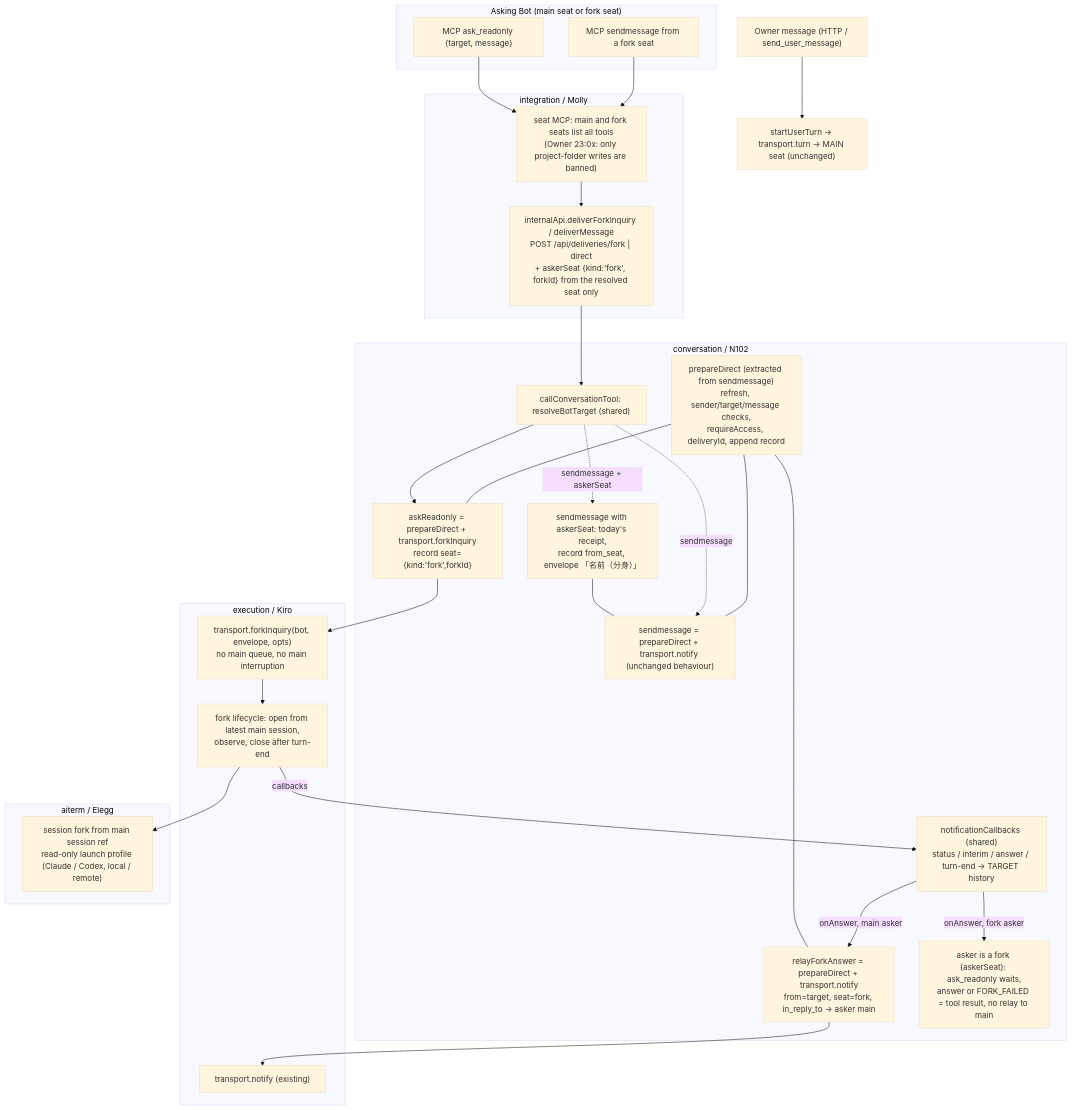
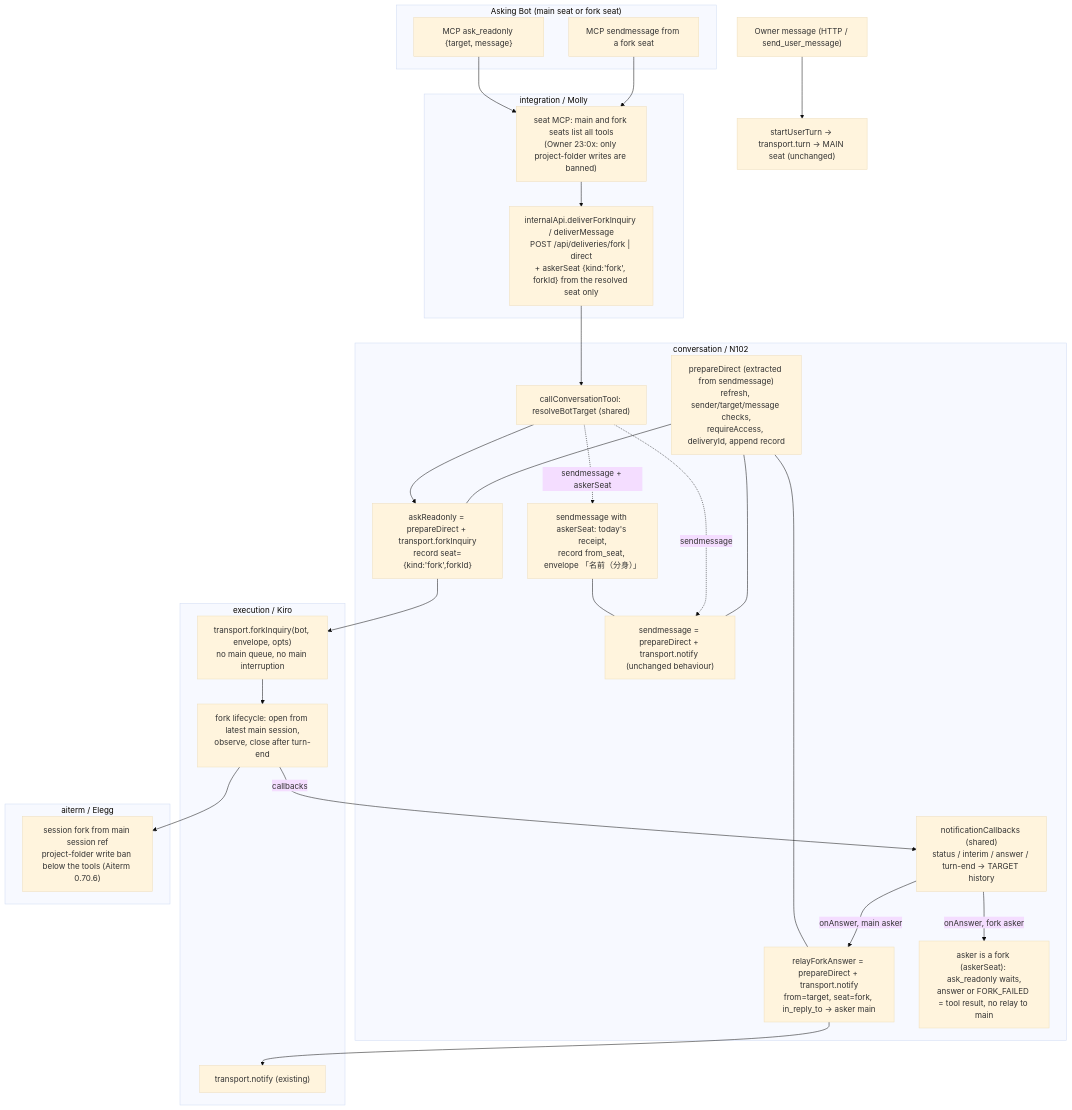
The first of 3 diagrams in docs/architecture/modules/conversation/fork-inquiry.md (kitepon/BellTeam), drawn with Mermaid (base theme) before and after one commit. The commit also changed other lines of this file, not shown here.

Commit message:
Fork write ban: replace the enforcement HOLD with Aiterm 0.70.6 (project-folder write ban below the tools)

````diff
--- a/docs/architecture/modules/conversation/fork-inquiry.md
+++ b/docs/architecture/modules/conversation/fork-inquiry.md
@@ -11,41 +11,41 @@
 ```mermaid
 flowchart TD
   subgraph Asker["Asking Bot (main seat or fork seat)"]
     A1["MCP ask_readonly {target, message}"]
     A2["MCP sendmessage from a fork seat"]
   end
   subgraph Integration["integration / Molly"]
     I1["seat MCP: main and fork seats list all tools<br/>(Owner 23:0x: only project-folder writes are banned)"]
     I2["internalApi.deliverForkInquiry / deliverMessage<br/>POST /api/deliveries/fork | direct<br/>+ askerSeat {kind:'fork', forkId} from the resolved seat only"]
   end
   subgraph Conversation["conversation / N102"]
     C0["callConversationTool: resolveBotTarget (shared)"]
     C1["prepareDirect (extracted from sendmessage)<br/>refresh, sender/target/message checks,<br/>requireAccess, deliveryId, append record"]
     C2["sendmessage = prepareDirect + transport.notify (unchanged behaviour)"]
     C3["askReadonly = prepareDirect + transport.forkInquiry<br/>record seat={kind:'fork',forkId}"]
     C4["notificationCallbacks (shared)<br/>status / interim / answer / turn-end -> TARGET history"]
     C5["relayForkAnswer = prepareDirect + transport.notify<br/>from=target, seat=fork, in_reply_to -> asker main"]
     C6["asker is a fork (askerSeat): ask_readonly waits,<br/>answer or FORK_FAILED = tool result, no relay to main"]
     C7["sendmessage with askerSeat: today's receipt,<br/>record from_seat, envelope 「名前（分身）」"]
   end
   subgraph Execution["execution / Kiro"]
     E1["transport.forkInquiry(bot, envelope, opts)<br/>no main queue, no main interruption"]
     E2["fork lifecycle: open from latest main session,<br/>observe, close after turn-end"]
     E3["transport.notify (existing)"]
   end
   subgraph Aiterm["aiterm / Elegg"]
-    N1["session fork from main session ref<br/>read-only launch profile (Claude / Codex, local / remote)"]
+    N1["session fork from main session ref<br/>project-folder write ban below the tools (Aiterm 0.70.6)"]
   end
   Owner["Owner message (HTTP / send_user_message)"] --> Main["startUserTurn -> transport.turn -> MAIN seat (unchanged)"]
   A1 --> I1 --> I2 --> C0 --> C3
   A2 --> I1
   C0 -.->|sendmessage + askerSeat| C7 --- C2
   C0 -.->|sendmessage| C2
   C1 --- C2
   C1 --- C3
   C1 --- C5
   C3 --> E1 --> E2 --> N1
   E2 -->|callbacks| C4
   C4 -->|onAnswer, main asker| C5 --> E3
   C4 -->|onAnswer, fork asker| C6
 ```
````
